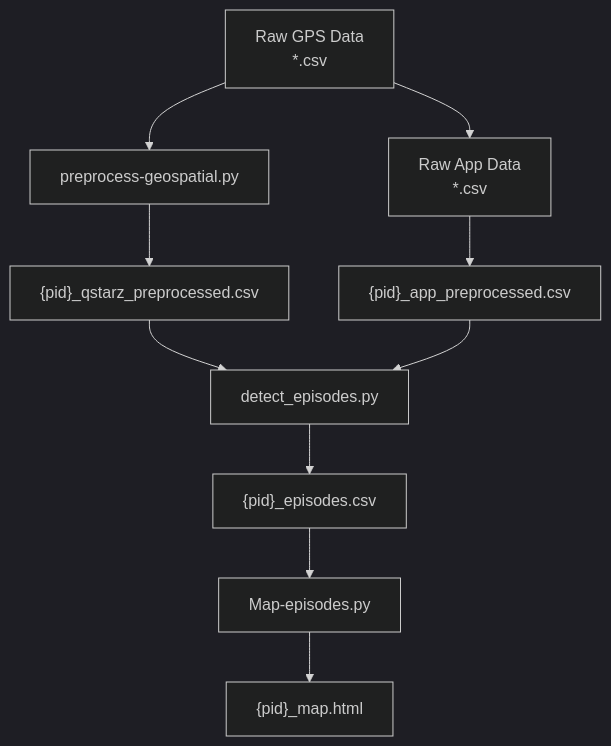
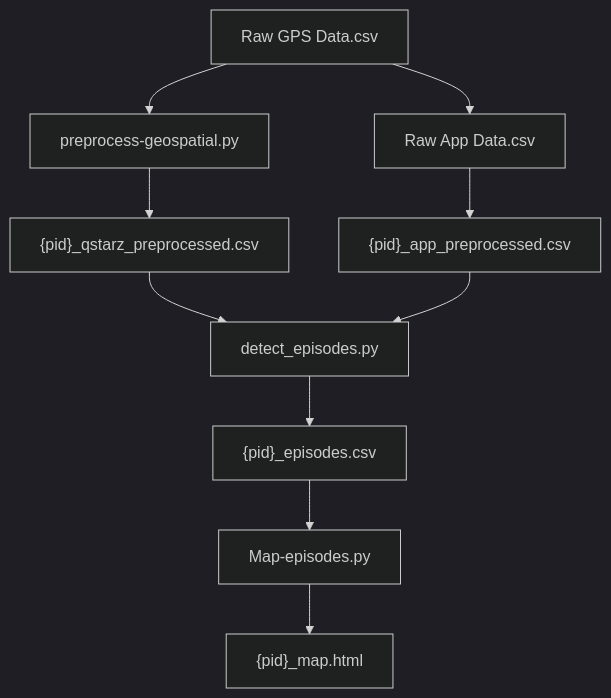
The diagram in SURREAL/episode-preprocessing/README.md (noamjgal/Surreal-Fragmentation), drawn with Mermaid (dark theme) before and after one commit.

Commit message:
docs: remove unneccessary escape chars

````diff
--- a/SURREAL/episode-preprocessing/README.md
+++ b/SURREAL/episode-preprocessing/README.md
@@ -5,12 +5,12 @@
 ```mermaid
 graph TD;
-    A[Raw GPS Data\n*.csv] --> B[preprocess-geospatial.py]
-    A --> C[Raw App Data\n*.csv]
+    A[Raw GPS Data.csv] --> B[preprocess-geospatial.py]
+    A --> C[Raw App Data.csv]
     B --> D["{pid}_qstarz_preprocessed.csv"]
     C --> E["{pid}_app_preprocessed.csv"]
     D --> F[detect_episodes.py]
     E --> F
     F --> G["{pid}_episodes.csv"]
     G --> H[Map-episodes.py]
     H --> I["{pid}_map.html"]
 ```
````
